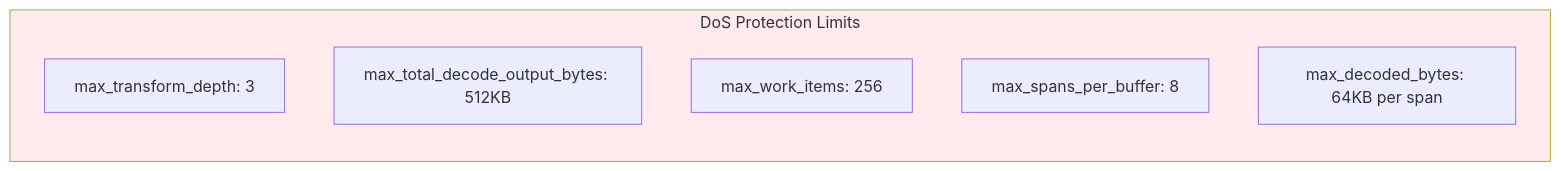
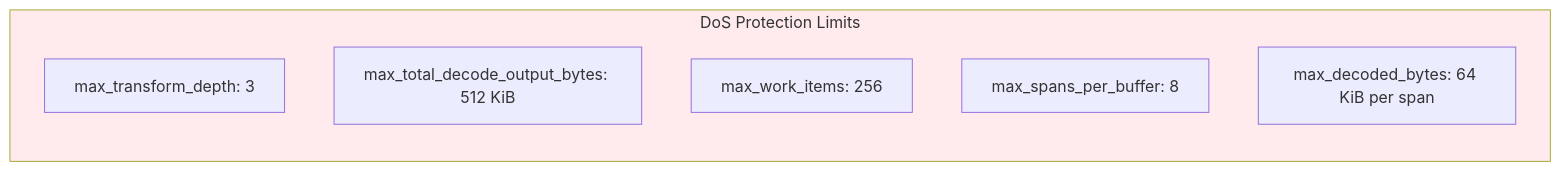
Before and after one commit to ahrav/scratch-scanner-rs: the second of 7 diagrams in docs/transform-chain.md, drawn with Mermaid. The commit also changed other lines of this file and 6 other files, not shown here.

````diff
--- a/docs/transform-chain.md
+++ b/docs/transform-chain.md
@@ -114,12 +116,12 @@
 ```mermaid
 graph LR
     subgraph Limits["DoS Protection Limits"]
         MaxDepth["max_transform_depth: 3"]
-        MaxOutput["max_total_decode_output_bytes: 512KB"]
+        MaxOutput["max_total_decode_output_bytes: 512 KiB"]
         MaxItems["max_work_items: 256"]
         MaxSpans["max_spans_per_buffer: 8"]
-        MaxDecoded["max_decoded_bytes: 64KB per span"]
+        MaxDecoded["max_decoded_bytes: 64 KiB per span"]
     end
 
     style Limits fill:#ffebee
 ```
````
